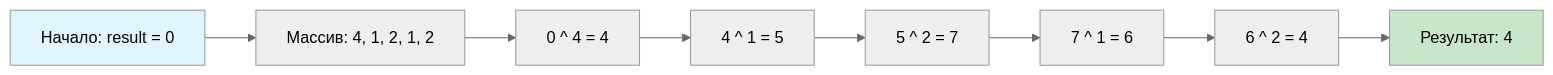
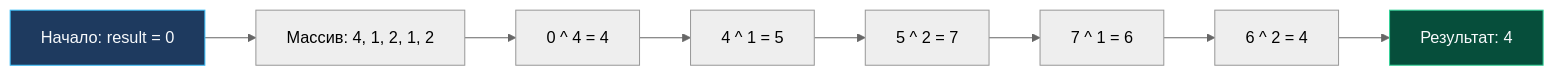
The diagram in sources/21. Задачи с LeetCode и собеседований на Go/02. Задачи/22. Битовые операции/3. Single Number.md (UnrealTemplier/go-textbook), drawn with Mermaid (neutral theme) before and after one commit. The commit also changed 310 other files, not shown here.

First line of the commit message:
fix(mermaid): replace light fill colors with dark palette for readability on dark theme

````diff
--- a/sources/21. Задачи с LeetCode и собеседований на Go/02. Задачи/22. Битовые операции/3. Single Number.md
+++ b/sources/21. Задачи с LeetCode и собеседований на Go/02. Задачи/22. Битовые операции/3. Single Number.md
@@ -97,13 +97,13 @@
 ```mermaid
 flowchart LR
     Start[Начало: result = 0] --> A[Массив: 4, 1, 2, 1, 2]
     A --> B[0 ^ 4 = 4]
     B --> C[4 ^ 1 = 5]
     C --> D[5 ^ 2 = 7]
     D --> E[7 ^ 1 = 6]
     E --> F[6 ^ 2 = 4]
     F --> Result[Результат: 4]
     
-    style Start fill:#e1f5fe
-    style Result fill:#c8e6c9
+    style Start fill:#1e3a5f,stroke:#38bdf8,color:#f8fafc
+    style Result fill:#064e3b,stroke:#34d399,color:#f8fafc
 ```
````
